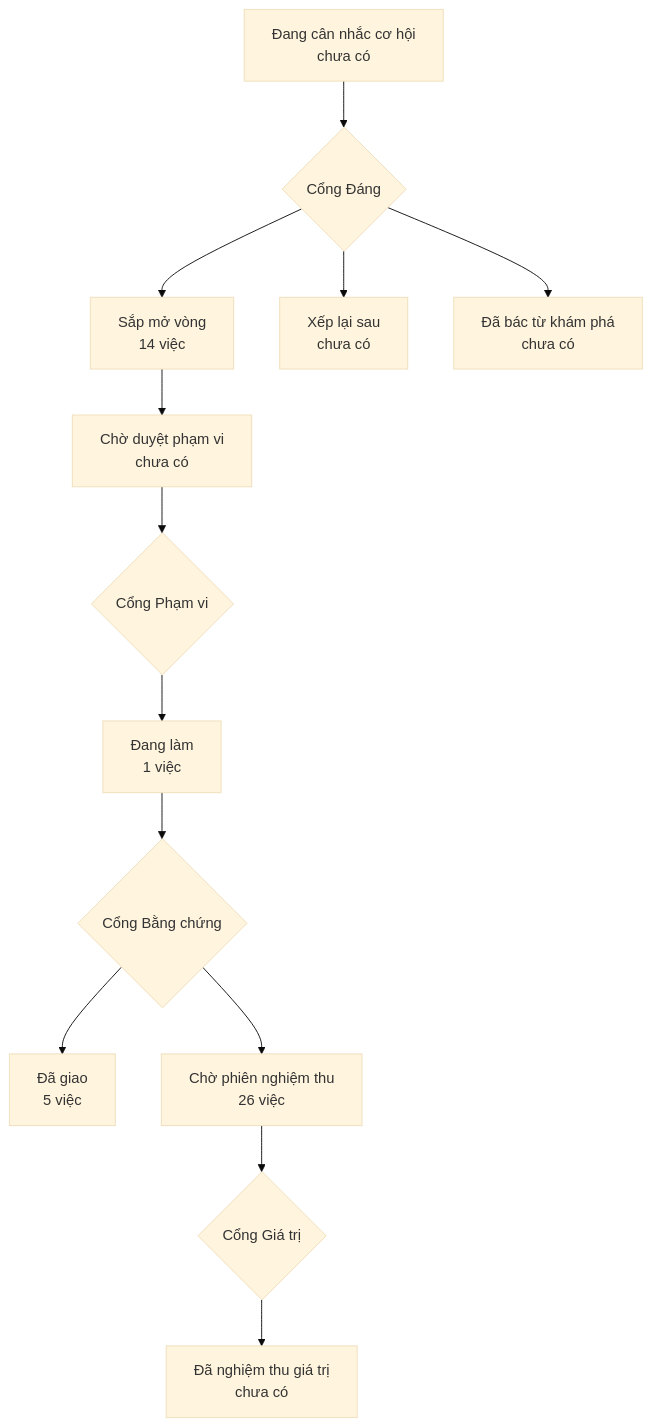
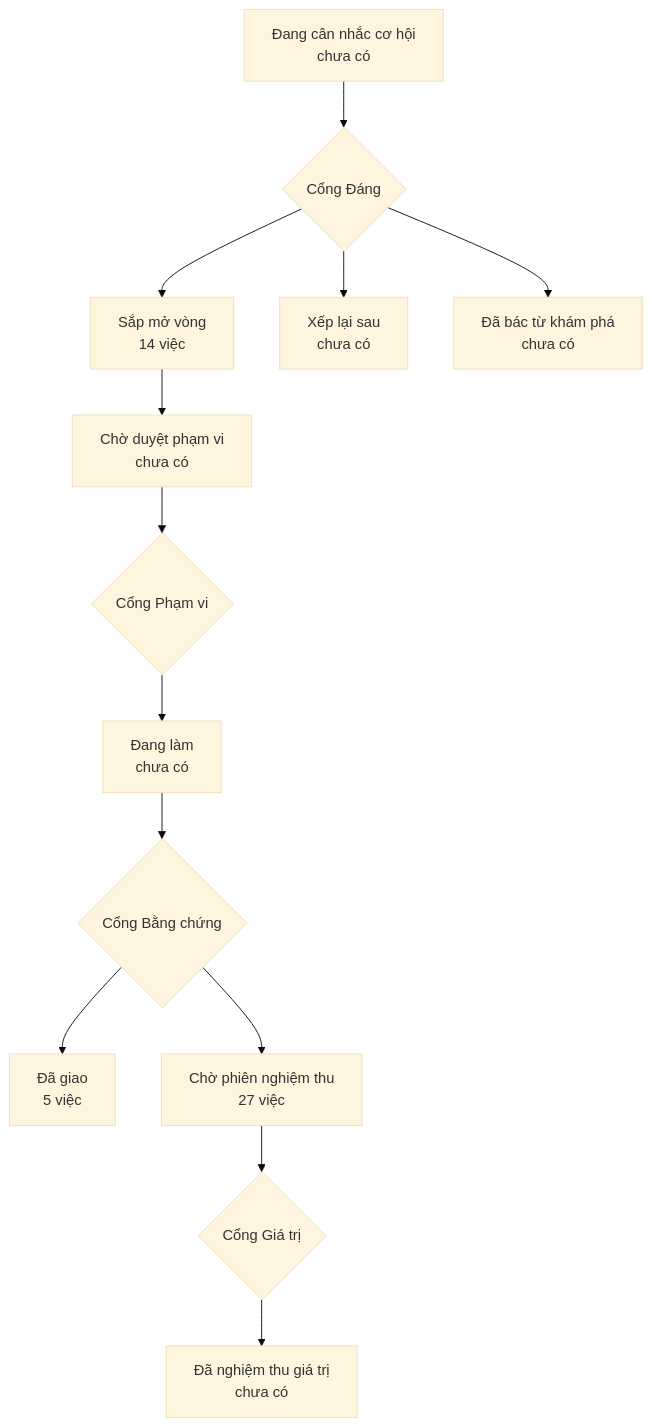
The diagram in PRODUCT-MAP.md (phanlemanh/onehub-quy-hang), drawn with Mermaid (base theme) before and after one commit. The commit also changed other lines of this file and 4 other files, not shown here.

````diff
--- a/PRODUCT-MAP.md
+++ b/PRODUCT-MAP.md
@@ -7,12 +7,12 @@
 ```mermaid
 flowchart TD
   A["Đang cân nhắc cơ hội<br/>chưa có"] --> GD{"Cổng Đáng"}
   GD --> B["Sắp mở vòng<br/>14 việc"]
   GD --> XL["Xếp lại sau<br/>chưa có"]
   GD --> DB["Đã bác từ khám phá<br/>chưa có"]
   B --> CD["Chờ duyệt phạm vi<br/>chưa có"] --> GP{"Cổng Phạm vi"}
-  GP --> DL["Đang làm<br/>1 việc"] --> GB{"Cổng Bằng chứng"}
+  GP --> DL["Đang làm<br/>chưa có"] --> GB{"Cổng Bằng chứng"}
   GB --> DG["Đã giao<br/>5 việc"]
-  GB --> CN["Chờ phiên nghiệm thu<br/>26 việc"] --> GG{"Cổng Giá trị"}
+  GB --> CN["Chờ phiên nghiệm thu<br/>27 việc"] --> GG{"Cổng Giá trị"}
   GG --> NT["Đã nghiệm thu giá trị<br/>chưa có"]
 ```
````
